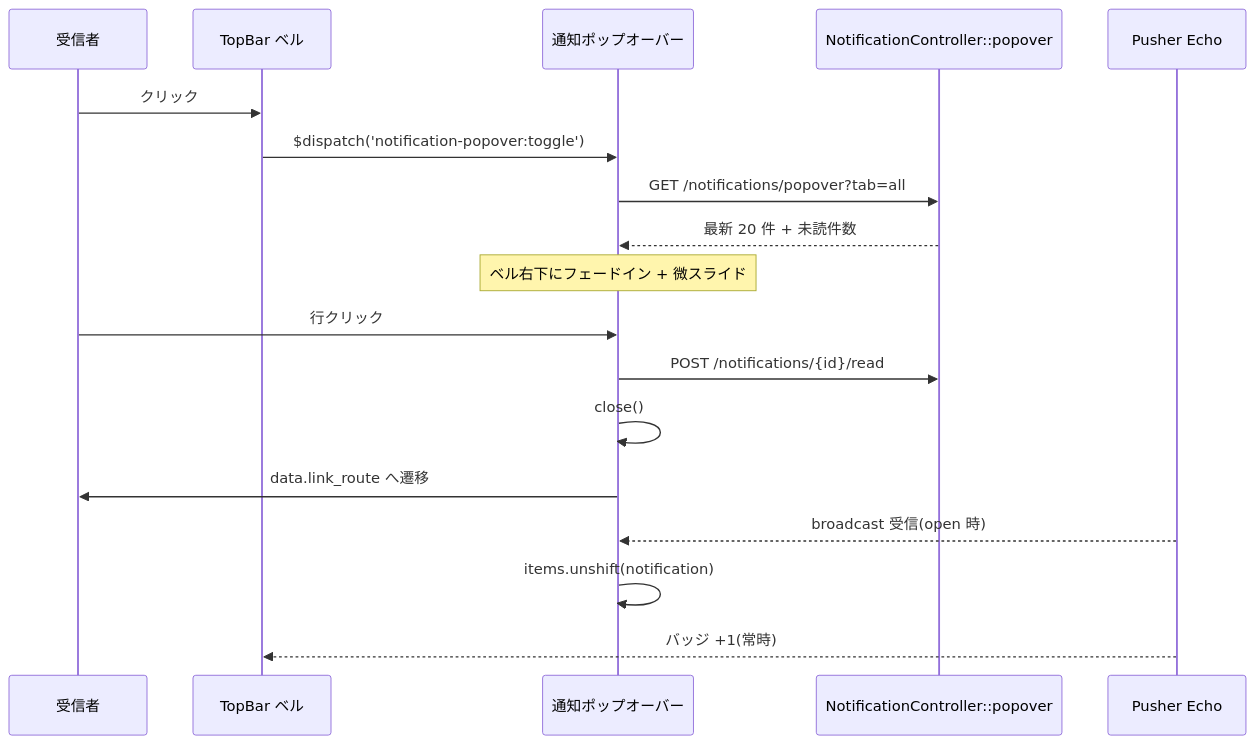
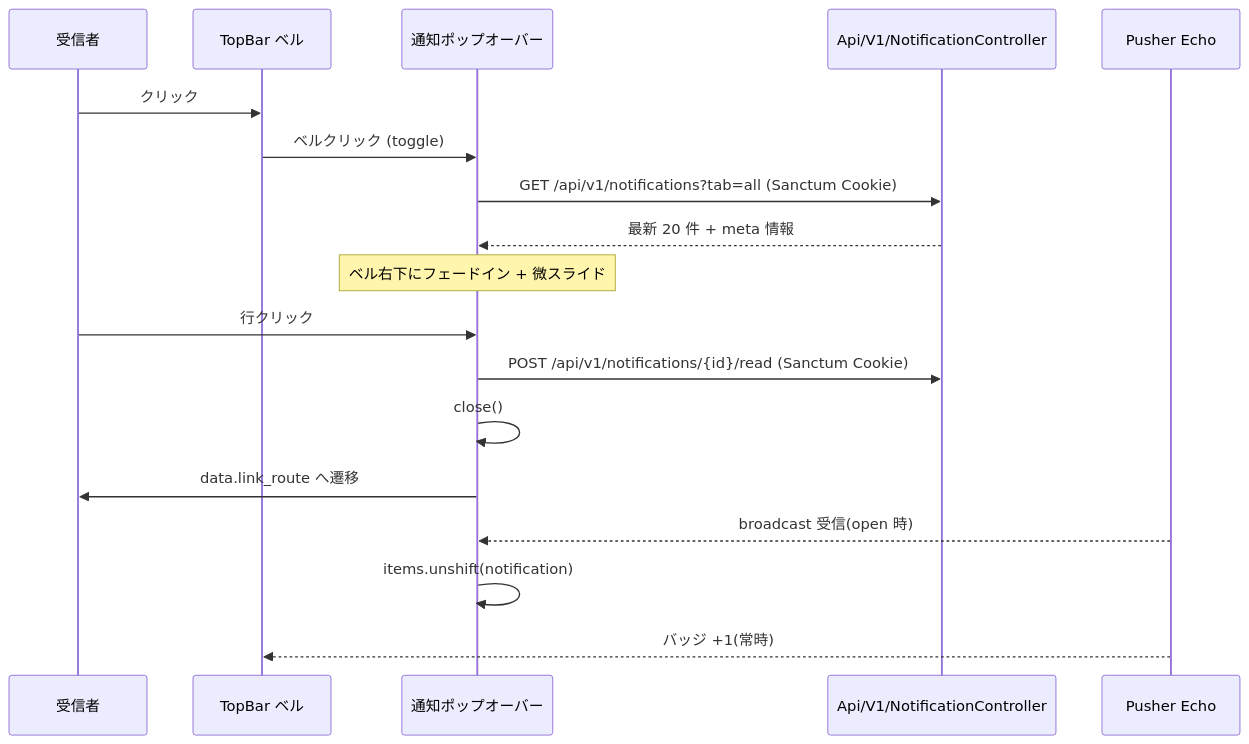
One commit to coachtech-mockcase-second/ExampleAnswer-mockcase-CertifyLMS changed the fourth of 4 diagrams in docs/specs/notification/design.md. Above: the diagram before and after it, drawn with Mermaid. The commit also changed other lines of this file and 84 other files, not shown here.

````diff
--- a/docs/specs/notification/design.md
+++ b/docs/specs/notification/design.md
@@ -325,23 +288,23 @@
 ```mermaid
 sequenceDiagram
     participant User as 受信者
     participant Bell as TopBar ベル
     participant Popover as 通知ポップオーバー
-    participant API as NotificationController::popover
+    participant API as Api/V1/NotificationController
     participant Pusher as Pusher Echo
 
     User->>Bell: クリック
-    Bell->>Popover: $dispatch('notification-popover:toggle')
-    Popover->>API: GET /notifications/popover?tab=all
-    API-->>Popover: 最新 20 件 + 未読件数
+    Bell->>Popover: ベルクリック (toggle)
+    Popover->>API: GET /api/v1/notifications?tab=all (Sanctum Cookie)
+    API-->>Popover: 最新 20 件 + meta 情報
     Note over Popover: ベル右下にフェードイン + 微スライド
 
     User->>Popover: 行クリック
-    Popover->>API: POST /notifications/{id}/read
+    Popover->>API: POST /api/v1/notifications/{id}/read (Sanctum Cookie)
     Popover->>Popover: close()
     Popover->>User: data.link_route へ遷移
 
     Pusher-->>Popover: broadcast 受信(open 時)
     Popover->>Popover: items.unshift(notification)
     Pusher-->>Bell: バッジ +1(常時)
 ```
````
